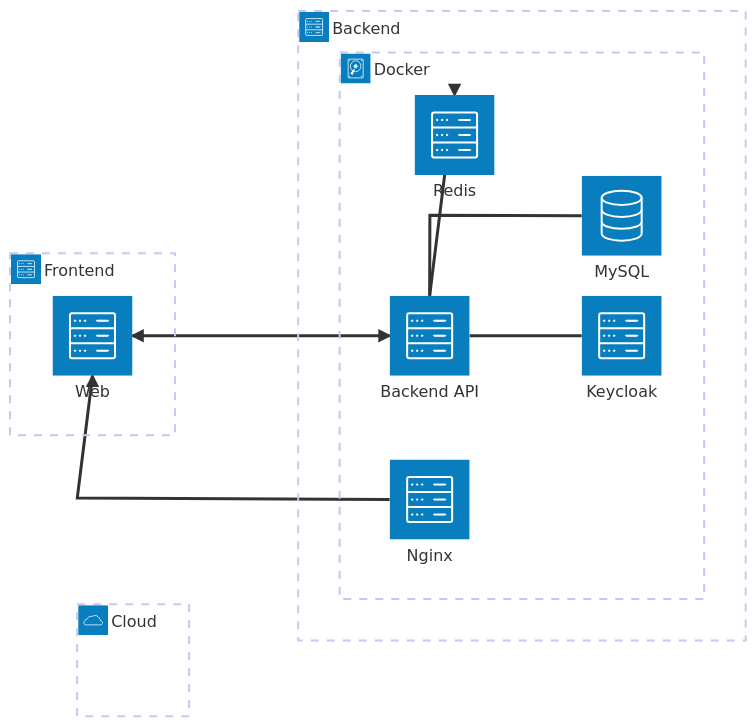
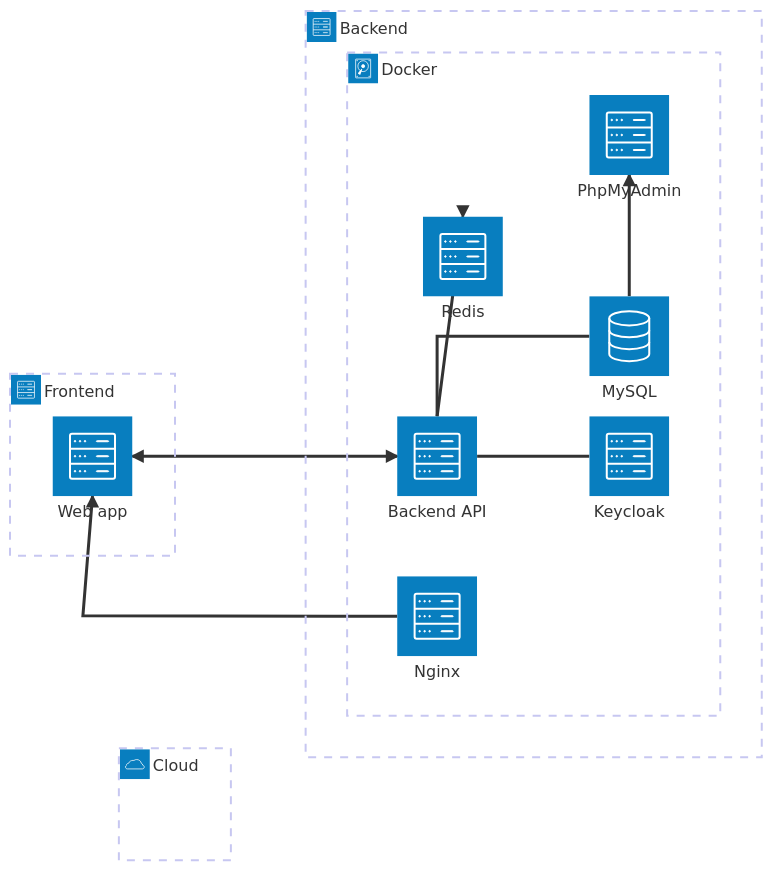
Before and after one commit to SimonStnn/BEMED: the first of 2 diagrams in backend/README.md, drawn with Mermaid.

Commit message:
Add phpmyadmin to architecture

````diff
--- a/backend/README.md
+++ b/backend/README.md
@@ -5,21 +5,23 @@
 ```mermaid
 architecture-beta
     group cloud(cloud)[Cloud]
 
     group frontend(server)[Frontend]
-    service web(server)[Web] in frontend
+    service web(server)[Web app] in frontend
 
     group backend(server)[Backend]
     group docker(disk)[Docker] in backend
     service db(database)[MySQL] in docker
     service keycloak(server)[Keycloak] in docker
     service api(server)[Backend API] in docker
     service nginx(server)[Nginx] in docker
     service redis(server)[Redis] in docker
+    service phpmyadmin(server)[PhpMyAdmin] in docker
 
     web:B <-- L:nginx
     web:R <--> L:api
+    db:T --> B:phpmyadmin
     api:T --> T:redis
     api:T -- L:db
     api:R -- L:keycloak
 ```
````
